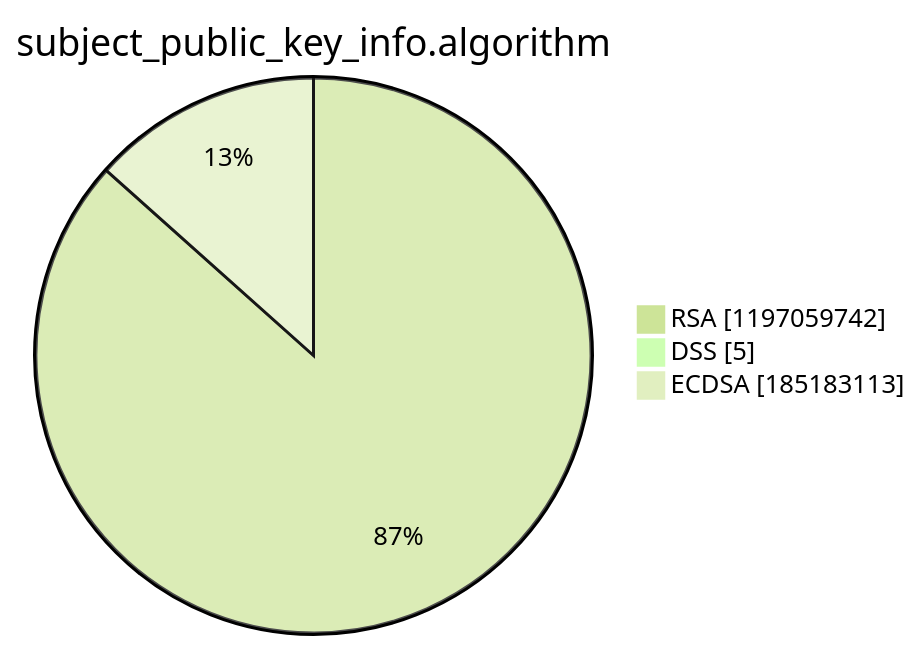
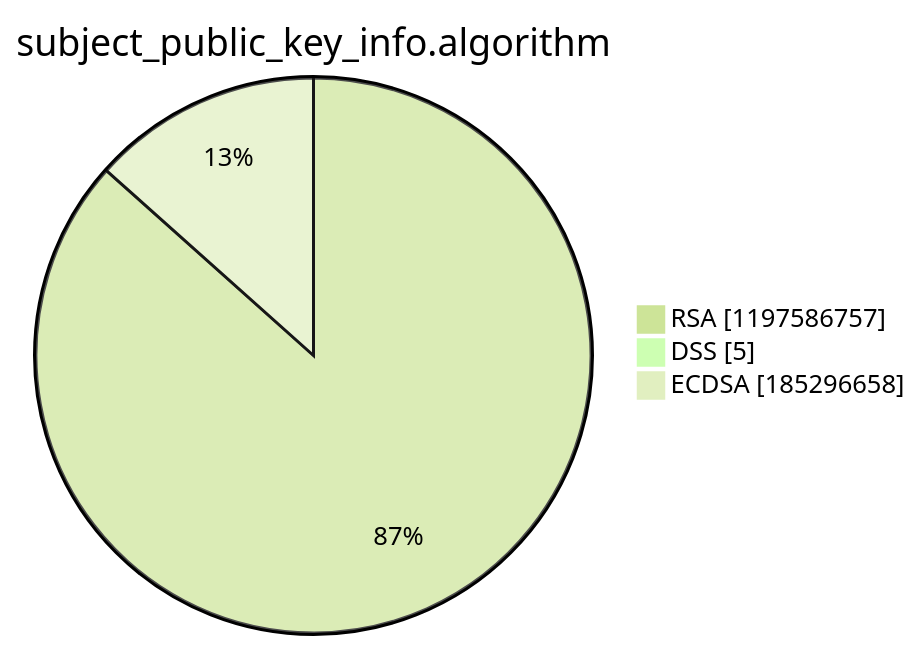
One commit to christiankrug/ctmonitor_visualization changed the third of 15 diagrams in argon2022/README.md. Above: the diagram before and after it, drawn with Mermaid (forest theme). The commit also changed other lines of this file, not shown here.

````diff
--- a/argon2022/README.md
+++ b/argon2022/README.md
@@ -14,7 +14,7 @@
 ```mermaid
 pie showData
 title subject_public_key_info.algorithm
-"RSA" :1197059742
+"RSA" :1197586757
 "DSS" :5
-"ECDSA" :185183113
+"ECDSA" :185296658
 ```
````
